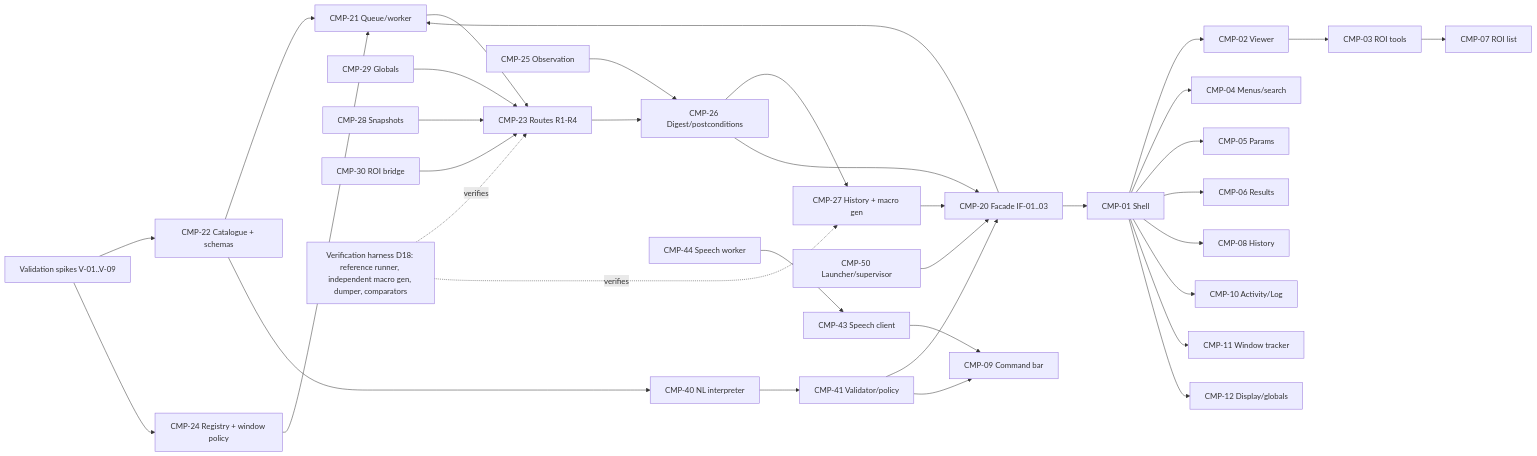
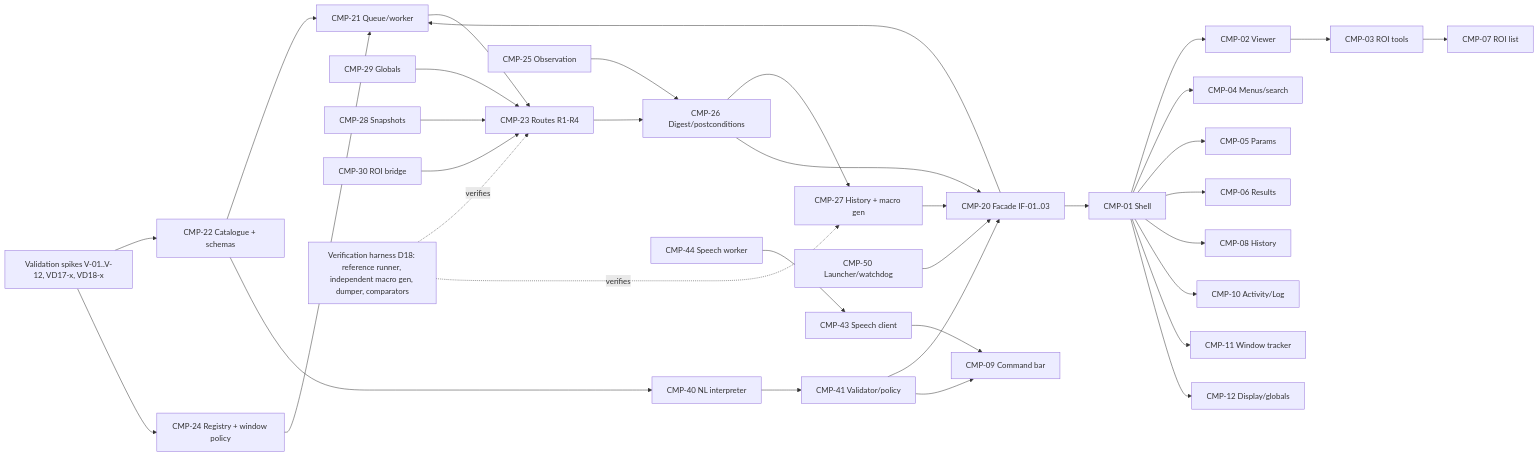
Before and after one commit to AyushGupta05/Voice: the diagram in docs/02-design/06-handoff/D20-implementation-readiness-handoff.md, drawn with Mermaid. The commit also changed other lines of this file and 33 other files, not shown here.

````diff
--- a/docs/02-design/06-handoff/D20-implementation-readiness-handoff.md
+++ b/docs/02-design/06-handoff/D20-implementation-readiness-handoff.md
@@ -64,27 +64,27 @@
 ```mermaid
 flowchart LR
-  V[Validation spikes V-01..V-09] --> C22[CMP-22 Catalogue + schemas]
+  V[Validation spikes V-01..V-12, VD17-x, VD18-x] --> C22[CMP-22 Catalogue + schemas]
   V --> C24[CMP-24 Registry + window policy]
   C24 --> C21[CMP-21 Queue/worker]
   C22 --> C21
   C21 --> C23[CMP-23 Routes R1-R4]
   C23 --> C26[CMP-26 Digest/postconditions]
   C29[CMP-29 Globals] --> C23
   C28[CMP-28 Snapshots] --> C23
   C25[CMP-25 Observation] --> C26
   C26 --> C27[CMP-27 History + macro gen]
   C30[CMP-30 ROI bridge] --> C23
   C20[CMP-20 Facade IF-01..03] --> C21
   C26 --> C20
   C27 --> C20
   C20 --> C01[CMP-01 Shell]
   C01 --> C02[CMP-02 Viewer] & C04[CMP-04 Menus/search] & C05[CMP-05 Params] & C06[CMP-06 Results] & C08[CMP-08 History]
   C02 --> C03[CMP-03 ROI tools]
   C03 --> C07[CMP-07 ROI list]
   C01 --> C10[CMP-10 Activity/Log] & C11[CMP-11 Window tracker] & C12[CMP-12 Display/globals]
   C22 --> C40[CMP-40 NL interpreter] --> C41[CMP-41 Validator/policy] --> C20
   C44[CMP-44 Speech worker] --> C43[CMP-43 Speech client] --> C09[CMP-09 Command bar]
   C41 --> C09
-  C50[CMP-50 Launcher/supervisor] --> C20
+  C50[CMP-50 Launcher/watchdog] --> C20
   H[Verification harness D18: reference runner, independent macro gen, dumper, comparators] -.verifies.-> C23 & C27
 ```
````
